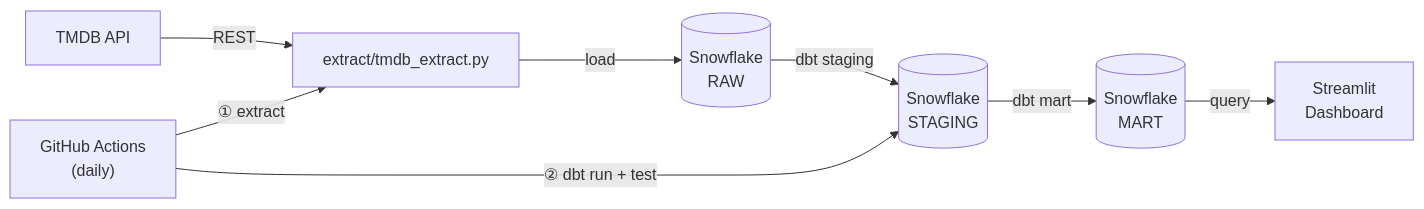
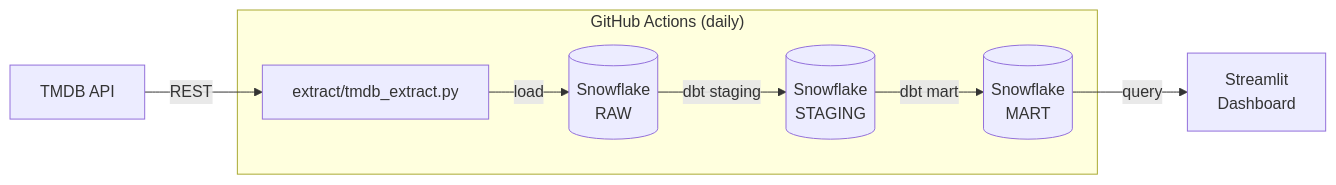
Before and after one commit to etimber-sys/Media-Marketing-Analyst: the first of 2 diagrams in README.md, drawn with Mermaid. The commit also changed other lines of this file, not shown here.

Commit message:
Restructure pipeline diagrams to start with single entry box
Use GitHub Actions subgraph instead of separate starting node so each diagram has one clear origin point.

````diff
--- a/README.md
+++ b/README.md
@@ -38,10 +38,10 @@
 ```mermaid
 flowchart LR
     A[TMDB API] -->|REST| B["extract/tmdb_extract.py"]
-    B -->|load| C[("Snowflake\nRAW")]
-    C -->|dbt staging| D[("Snowflake\nSTAGING")]
-    D -->|dbt mart| E[("Snowflake\nMART")]
+    subgraph GHA["GitHub Actions (daily)"]
+        B -->|load| C[("Snowflake\nRAW")]
+        C -->|dbt staging| D[("Snowflake\nSTAGING")]
+        D -->|dbt mart| E[("Snowflake\nMART")]
+    end
     E -->|query| F["Streamlit\nDashboard"]
-    G["GitHub Actions\n(daily)"] -->|"① extract"| B
-    G -->|"② dbt run + test"| D
 ```
````
